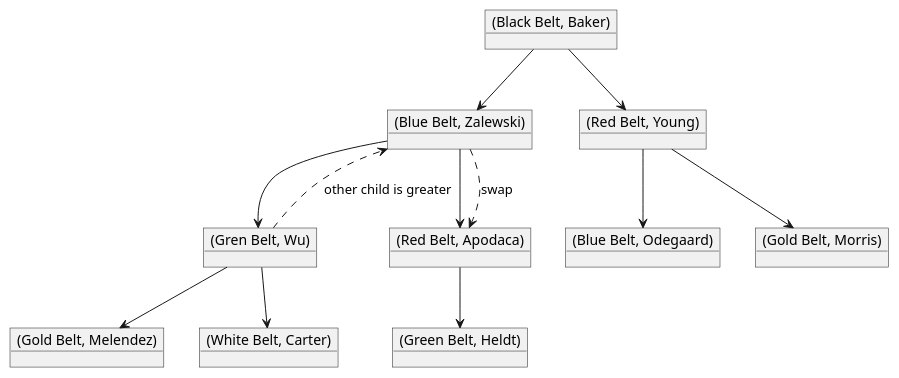
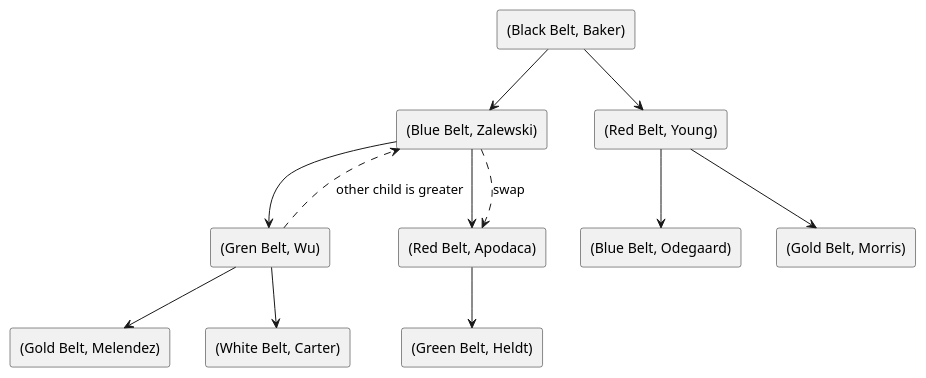
Before and after one commit to elviejo79/literate_pro_for_beeminder: the tenth of 14 diagrams in docs/16_Heaps.md, drawn with PlantUML. The commit also changed other lines of this file and 2 other files, not shown here.

````diff
--- a/docs/16_Heaps.md
+++ b/docs/16_Heaps.md
@@ -696,31 +699,31 @@
 ```plantuml
 @startuml
 top to bottom direction
 
 
-object "(Black Belt, Baker)" as baker
-object "(Blue Belt, Zalewski)" as zalewski
-object "(Gren Belt, Wu)" as wu
-object "(Gold Belt, Melendez)" as melendez
-object "(White Belt, Carter)" as carter
-object "(Red Belt, Apodaca)" as apodaca
-object "(Green Belt, Heldt)" as heldt
-object "(Red Belt, Young)" as young
-object "(Blue Belt, Odegaard)" as odegaard
-object "(Gold Belt, Morris)" as morris
+rectangle "(Black Belt, Baker)" as baker
+rectangle "(Blue Belt, Zalewski)" as zalewski
+rectangle "(Gren Belt, Wu)" as wu
+rectangle "(Gold Belt, Melendez)" as melendez
+rectangle "(White Belt, Carter)" as carter
+rectangle "(Red Belt, Apodaca)" as apodaca
+rectangle "(Green Belt, Heldt)" as heldt
+rectangle "(Red Belt, Young)" as young
+rectangle "(Blue Belt, Odegaard)" as odegaard
+rectangle "(Gold Belt, Morris)" as morris
 
 
 baker --> zalewski
 zalewski --> wu
 wu --> melendez
 wu --> carter
 zalewski --> apodaca
 apodaca --> heldt
 baker --> young
 young --> odegaard
 young --> morris
 
 wu ..> zalewski : other child is greater
 zalewski ..> apodaca : swap
 @enduml
 ```
````
